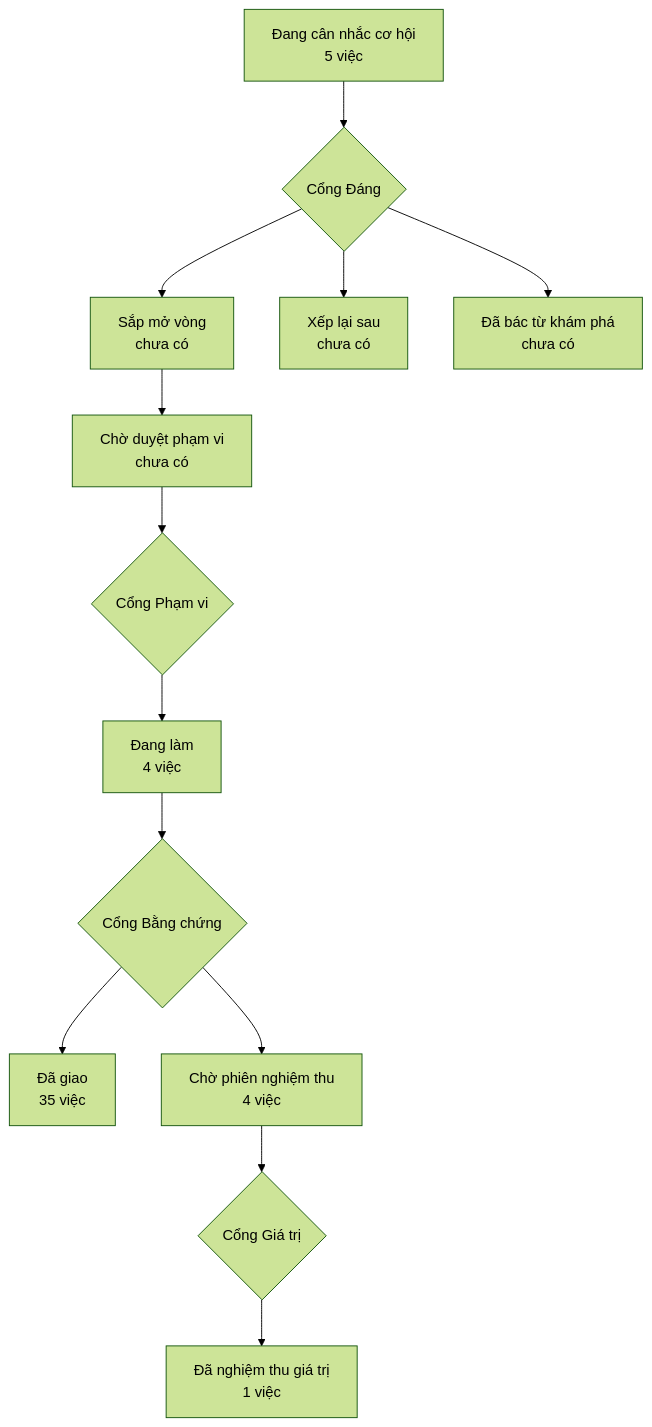
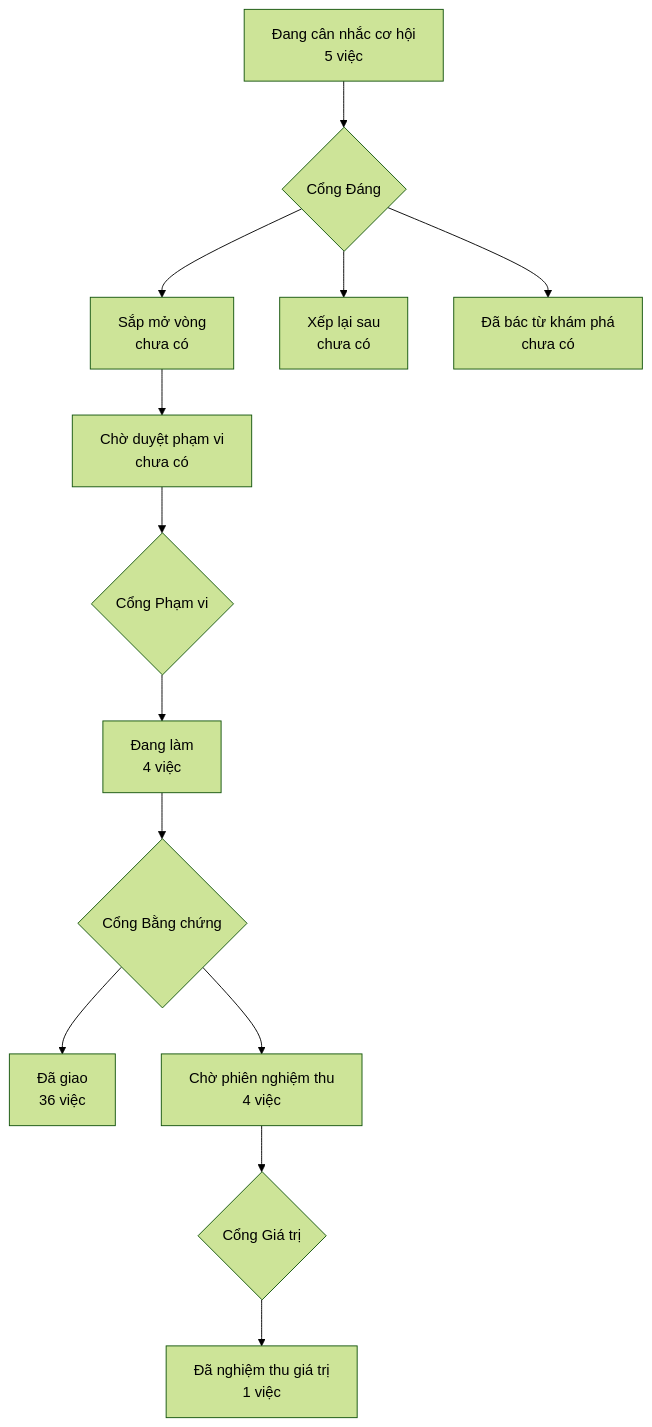
One commit to phanlemanh/crm-onehub changed the diagram in PRODUCT-MAP.md. Above: the diagram before and after it, drawn with Mermaid (forest theme). The commit also changed other lines of this file and 1 other file, not shown here.

Commit message:
chore(acceptance): loi-vao-dieu-phoi-30-ngay may thong — machine-cleared, cua veto mo

````diff
--- a/PRODUCT-MAP.md
+++ b/PRODUCT-MAP.md
@@ -6,12 +6,12 @@
 ```mermaid
 flowchart TD
   A["Đang cân nhắc cơ hội<br/>5 việc"] --> GD{"Cổng Đáng"}
   GD --> B["Sắp mở vòng<br/>chưa có"]
   GD --> XL["Xếp lại sau<br/>chưa có"]
   GD --> DB["Đã bác từ khám phá<br/>chưa có"]
   B --> CD["Chờ duyệt phạm vi<br/>chưa có"] --> GP{"Cổng Phạm vi"}
   GP --> DL["Đang làm<br/>4 việc"] --> GB{"Cổng Bằng chứng"}
-  GB --> DG["Đã giao<br/>35 việc"]
+  GB --> DG["Đã giao<br/>36 việc"]
   GB --> CN["Chờ phiên nghiệm thu<br/>4 việc"] --> GG{"Cổng Giá trị"}
   GG --> NT["Đã nghiệm thu giá trị<br/>1 việc"]
 ```
````
